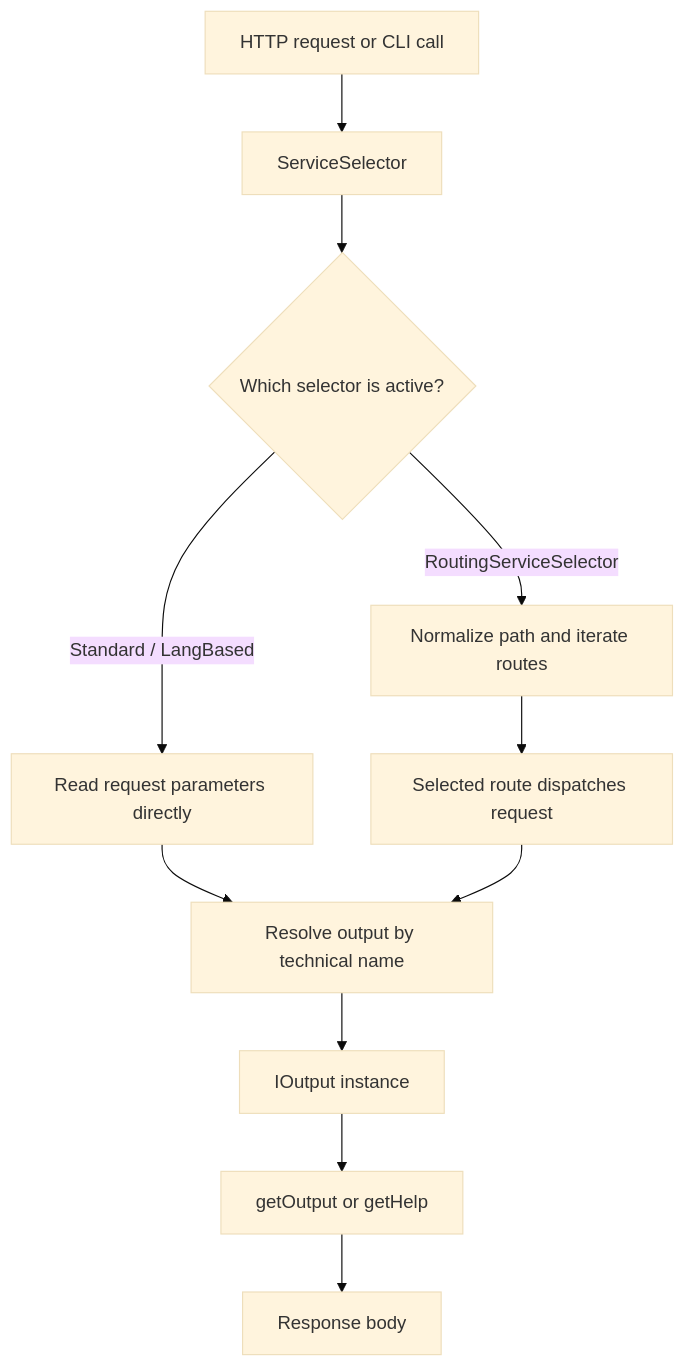
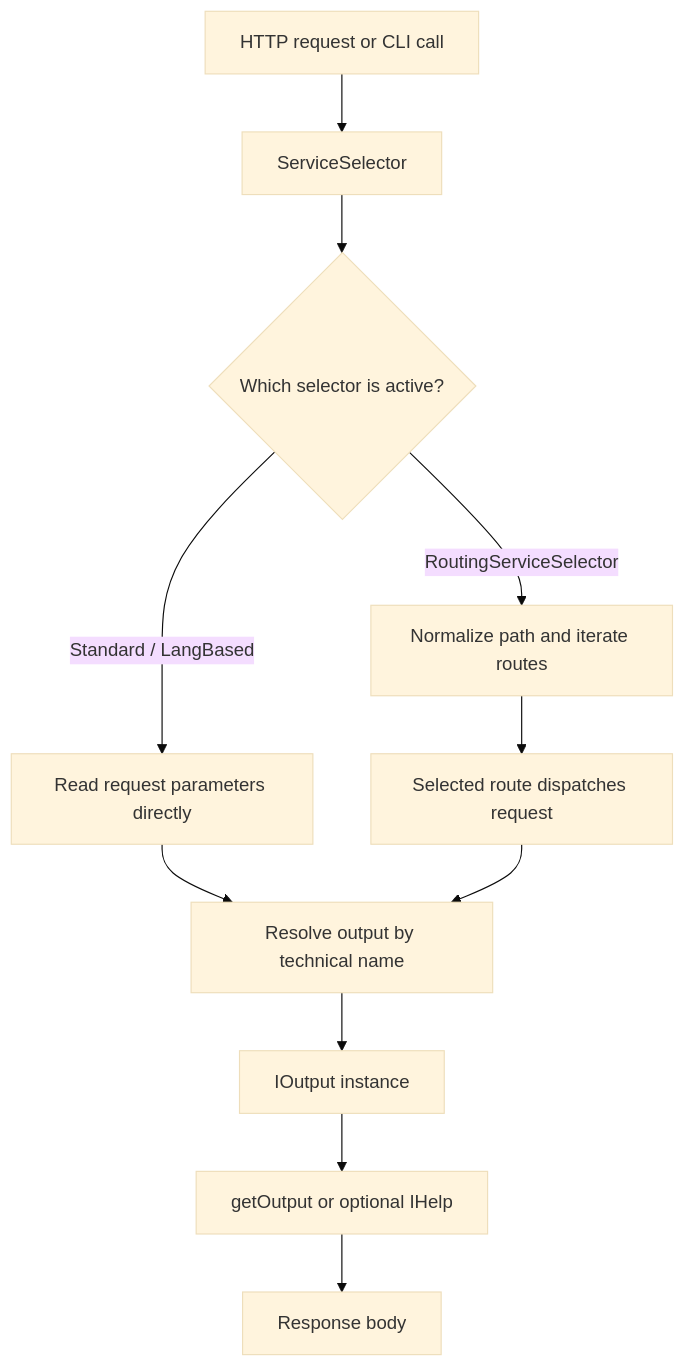
The first of 14 diagrams in docs/routing.md (ddbase3/Base3Framework), drawn with Mermaid (base theme) before and after one commit. The commit also changed other lines of this file and 32 other files, not shown here.

````diff
--- a/docs/routing.md
+++ b/docs/routing.md
@@ -135,13 +146,13 @@
 ```mermaid
 flowchart TD
 	A["HTTP request or CLI call"] --> B["ServiceSelector"]
 	B --> C{"Which selector is active?"}
 	C -->|"Standard / LangBased"| D["Read request parameters directly"]
 	C -->|"RoutingServiceSelector"| E["Normalize path and iterate routes"]
 	D --> F["Resolve output by technical name"]
 	E --> G["Selected route dispatches request"]
 	G --> F
 	F --> H["IOutput instance"]
-	H --> I["getOutput or getHelp"]
+	H --> I["getOutput or optional IHelp"]
 	I --> J["Response body"]
 ```
````
